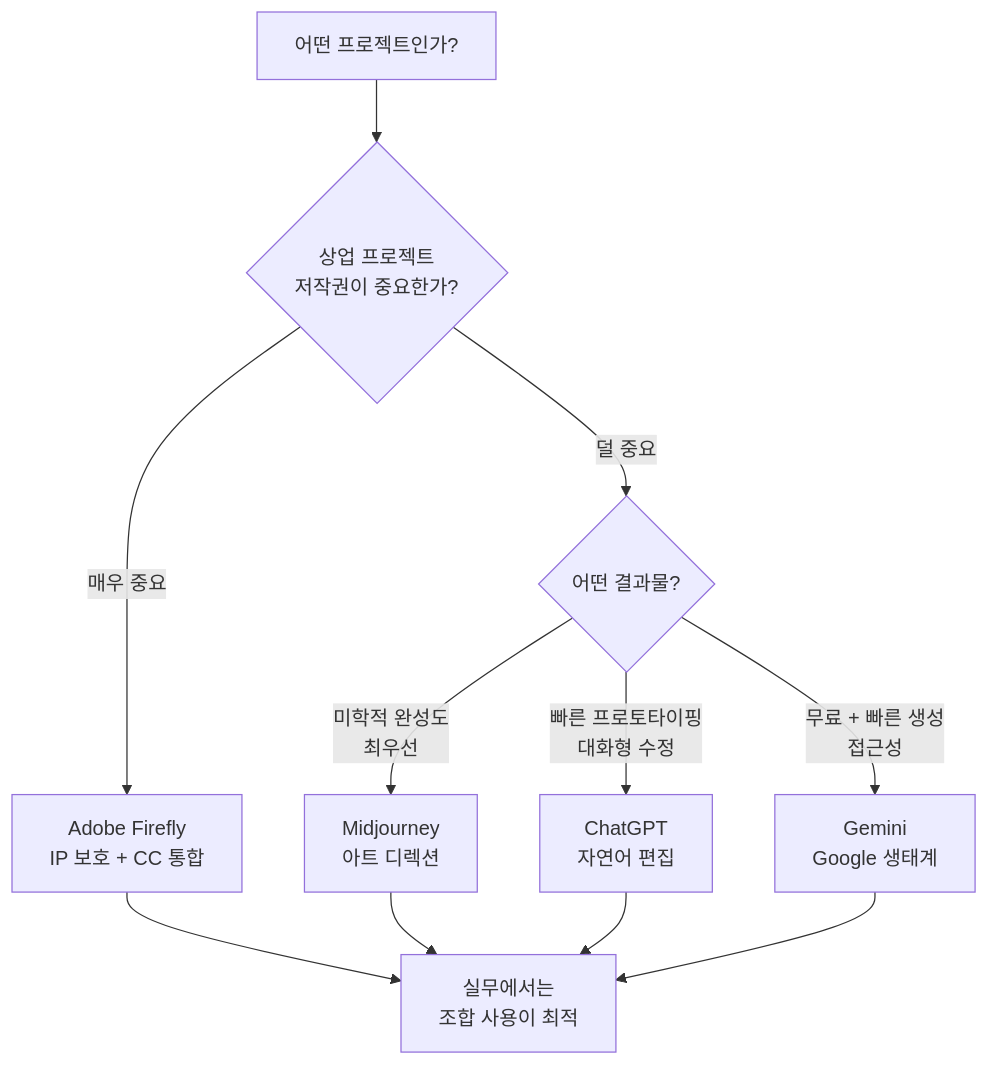
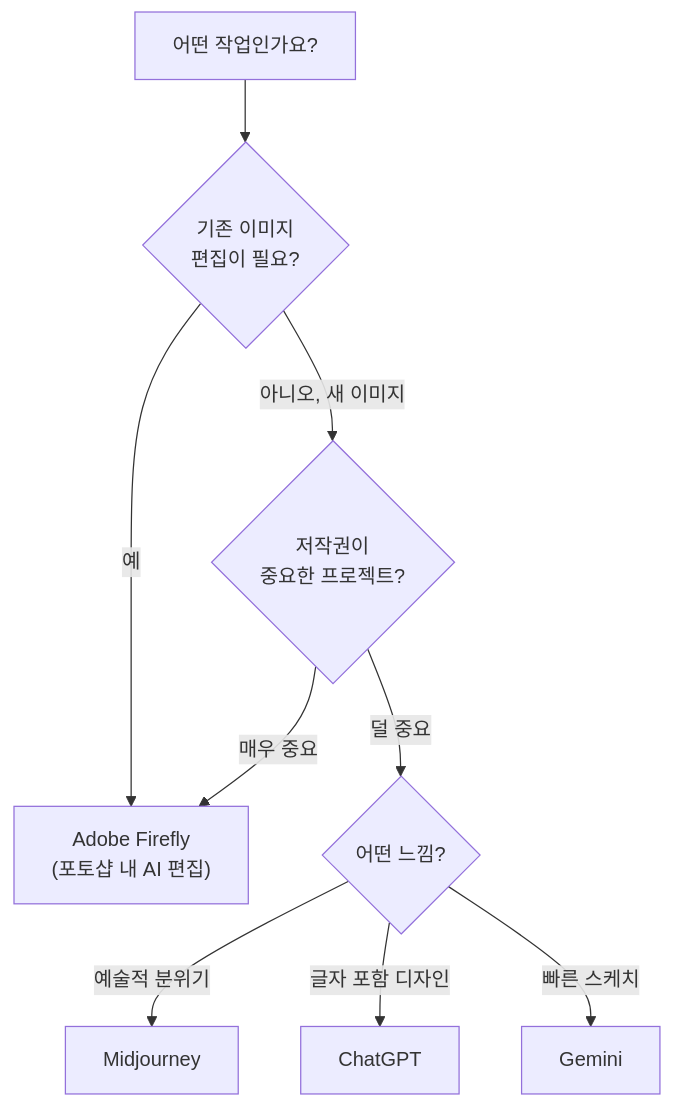
Before and after one commit to jsonpassion/forge-tutorial-promptcanvas: the second of 2 diagrams in 01-ch1-ai-이미지-생성-개론/03-03-adobe-firefly와-크리에이티브-생태계.md, drawn with Mermaid. The commit also changed other lines of this file and 12 other files, not shown here.

````diff
--- a/01-ch1-ai-이미지-생성-개론/03-03-adobe-firefly와-크리에이티브-생태계.md
+++ b/01-ch1-ai-이미지-생성-개론/03-03-adobe-firefly와-크리에이티브-생태계.md
@@ -261,15 +114,13 @@
 ```mermaid
 flowchart TD
-    Q["어떤 프로젝트인가?"] --> C1{"상업 프로젝트<br/>저작권이 중요한가?"}
-    C1 -->|"매우 중요"| FF["Adobe Firefly<br/>IP 보호 + CC 통합"]
-    C1 -->|"덜 중요"| C2{"어떤 결과물?"}
-    
-    C2 -->|"미학적 완성도<br/>최우선"| MJ["Midjourney<br/>아트 디렉션"]
-    C2 -->|"빠른 프로토타이핑<br/>대화형 수정"| GPT["ChatGPT<br/>자연어 편집"]
-    C2 -->|"무료 + 빠른 생성<br/>접근성"| GEM["Gemini<br/>Google 생태계"]
-    
-    FF --> COMBO["실무에서는<br/>조합 사용이 최적"]
-    MJ --> COMBO
-    GPT --> COMBO
-    GEM --> COMBO
+    Q["어떤 작업인가요?"] --> C1{"기존 이미지<br/>편집이 필요?"}
+    C1 -->|"예"| FF["Adobe Firefly<br/>(포토샵 내 AI 편집)"]
+    C1 -->|"아니오, 새 이미지"| C2{"저작권이<br/>중요한 프로젝트?"}
+
+    C2 -->|"매우 중요"| FF
+    C2 -->|"덜 중요"| C3{"어떤 느낌?"}
+
+    C3 -->|"예술적 분위기"| MJ["Midjourney"]
+    C3 -->|"글자 포함 디자인"| GPT["ChatGPT"]
+    C3 -->|"빠른 스케치"| GEM["Gemini"]
 ```
````
